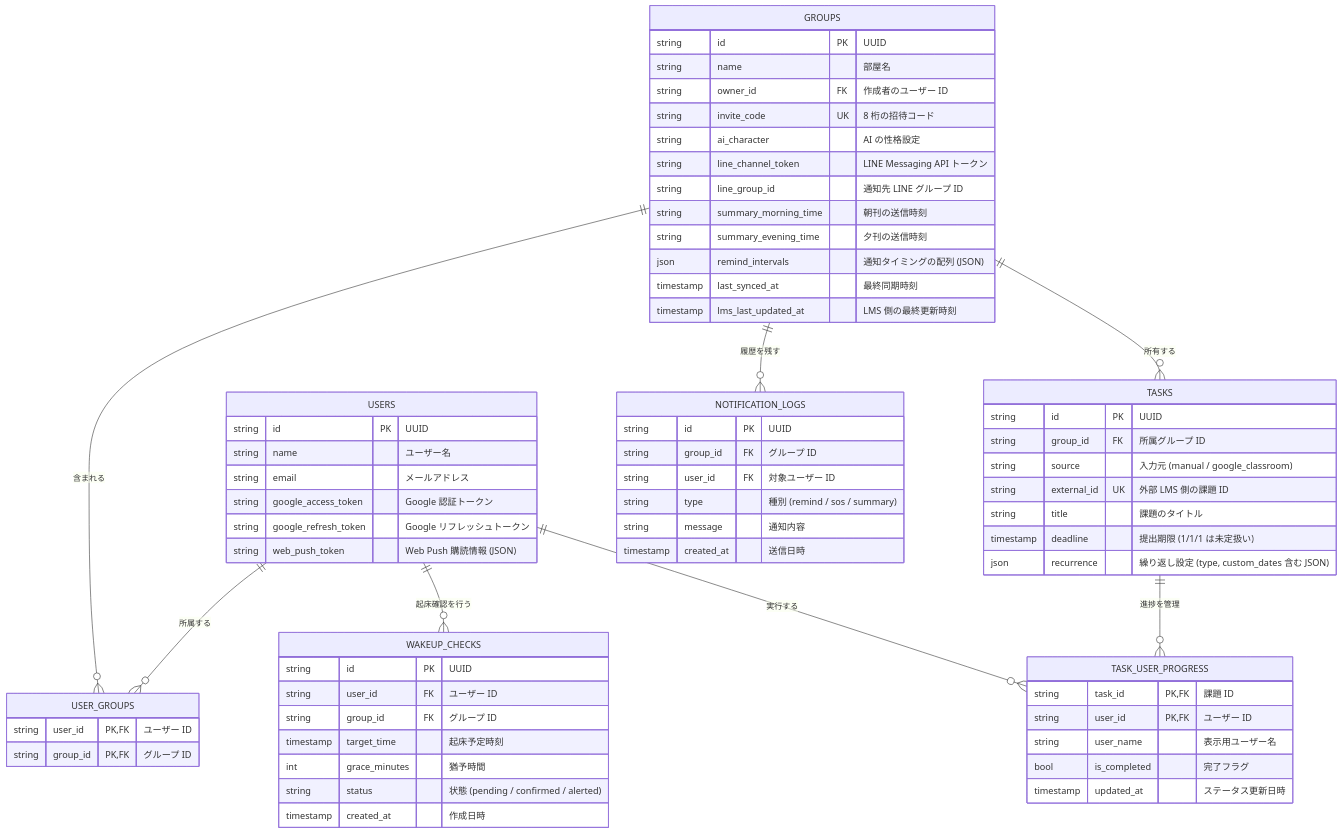
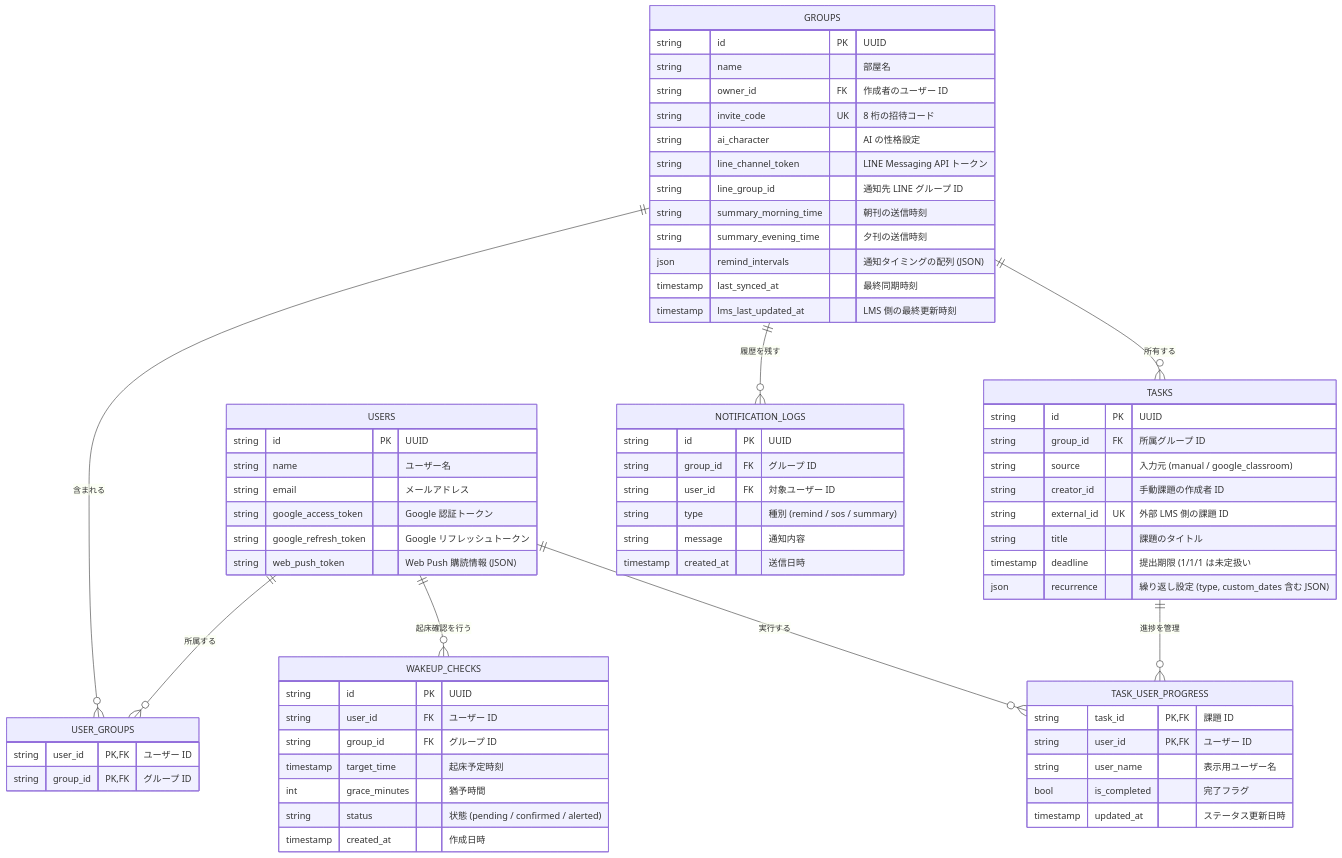
One commit to yuma25/Uni-Steps changed the diagram in docs/architecture/database_schema.md. Above: the diagram before and after it, drawn with Mermaid. The commit also changed other lines of this file and 40 other files, not shown here.

````diff
--- a/docs/architecture/database_schema.md
+++ b/docs/architecture/database_schema.md
@@ -12,76 +12,77 @@
 ```mermaid
 erDiagram
     USERS ||--o{ USER_GROUPS : "所属する"
     GROUPS ||--o{ USER_GROUPS : "含まれる"
     GROUPS ||--o{ TASKS : "所有する"
     TASKS ||--o{ TASK_USER_PROGRESS : "進捗を管理"
     USERS ||--o{ TASK_USER_PROGRESS : "実行する"
     USERS ||--o{ WAKEUP_CHECKS : "起床確認を行う"
     GROUPS ||--o{ NOTIFICATION_LOGS : "履歴を残す"
 
     USERS {
         string id PK "UUID"
         string name "ユーザー名"
         string email "メールアドレス"
         string google_access_token "Google 認証トークン"
         string google_refresh_token "Google リフレッシュトークン"
         string web_push_token "Web Push 購読情報 (JSON)"
     }
 
     GROUPS {
         string id PK "UUID"
         string name "部屋名"
         string owner_id FK "作成者のユーザー ID"
         string invite_code UK "8 桁の招待コード"
         string ai_character "AI の性格設定"
         string line_channel_token "LINE Messaging API トークン"
         string line_group_id "通知先 LINE グループ ID"
         string summary_morning_time "朝刊の送信時刻"
         string summary_evening_time "夕刊の送信時刻"
         json remind_intervals "通知タイミングの配列 (JSON)"
         timestamp last_synced_at "最終同期時刻"
         timestamp lms_last_updated_at "LMS 側の最終更新時刻"
     }
 
     USER_GROUPS {
         string user_id PK, FK "ユーザー ID"
         string group_id PK, FK "グループ ID"
     }
 
     TASKS {
         string id PK "UUID"
         string group_id FK "所属グループ ID"
         string source "入力元 (manual / google_classroom)"
+        string creator_id "手動課題の作成者 ID"
         string external_id UK "外部 LMS 側の課題 ID"
         string title "課題のタイトル"
-        timestamp deadline "提出期限 (1/1/1 は未定扱い)"
+        timestamp deadline "提出期限 (1/1/1 は未定扱い"
         json recurrence "繰り返し設定 (type, custom_dates 含む JSON)"
     }
 
     TASK_USER_PROGRESS {
         string task_id PK, FK "課題 ID"
         string user_id PK, FK "ユーザー ID"
         string user_name "表示用ユーザー名"
         bool is_completed "完了フラグ"
         timestamp updated_at "ステータス更新日時"
     }
 
     WAKEUP_CHECKS {
         string id PK "UUID"
         string user_id FK "ユーザー ID"
         string group_id FK "グループ ID"
         timestamp target_time "起床予定時刻"
         int grace_minutes "猶予時間"
         string status "状態 (pending / confirmed / alerted)"
         timestamp created_at "作成日時"
     }
 
     NOTIFICATION_LOGS {
         string id PK "UUID"
         string group_id FK "グループ ID"
         string user_id FK "対象ユーザー ID"
         string type "種別 (remind / sos / summary)"
         string message "通知内容"
         timestamp created_at "送信日時"
     }
 ```
````
